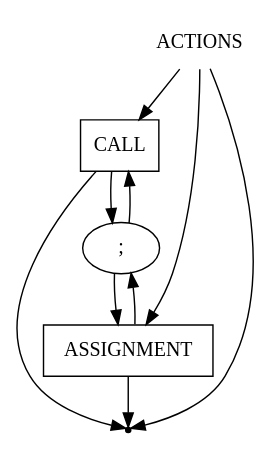
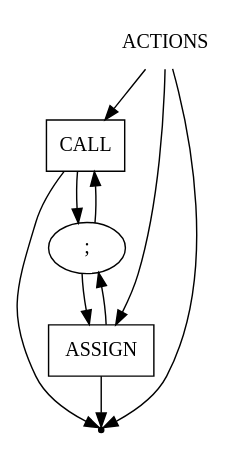
Before and after one commit to AnsKaz-yu/CIAO-V.3: the diagram in ciao_gv/actions.gv, drawn with Graphviz. The commit also changed 16 other files, not shown here.

```diff
--- a/ciao_gv/actions.gv
+++ b/ciao_gv/actions.gv
@@ -1,16 +1,16 @@
 digraph ACTIONS {
     start [label=ACTIONS shape=plaintext]
     A [label=CALL shape=box]
-    B [label=ASSIGNMENT shape=box]
+    B [label=ASSIGN shape=box]
     C [label=";" shape=oval]
     end [label="" shape=point]
     start -> A
     start -> end
     start -> B
     A -> C
     B -> C
     C -> A
     C -> B
     A -> end
     B -> end
 }
```
